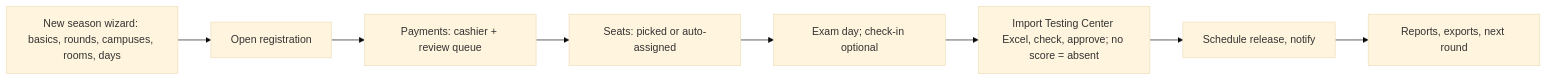
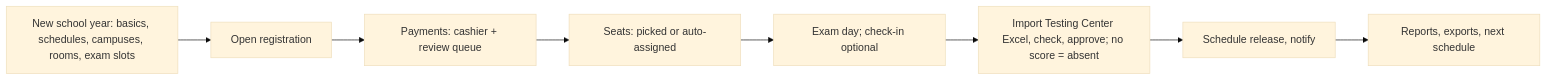
Before and after one commit to orbitsdev/sksu-tpt-v4: the fourth of 5 diagrams in docs/PRD.md, drawn with Mermaid (base theme). The commit also changed other lines of this file and 44 other files, not shown here.

````diff
--- a/docs/PRD.md
+++ b/docs/PRD.md
@@ -252,10 +252,10 @@
 ```mermaid
 flowchart LR
-    S1[New season wizard: basics, rounds, campuses, rooms, days] --> S2[Open registration]
+    S1[New school year: basics, schedules, campuses, rooms, exam slots] --> S2[Open registration]
     S2 --> S3[Payments: cashier + review queue]
     S3 --> S4[Seats: picked or auto-assigned]
     S4 --> S5[Exam day; check-in optional]
     S5 --> S6[Import Testing Center Excel, check, approve; no score = absent]
     S6 --> S7[Schedule release, notify]
-    S7 --> S8[Reports, exports, next round]
+    S7 --> S8[Reports, exports, next schedule]
 ```
````
